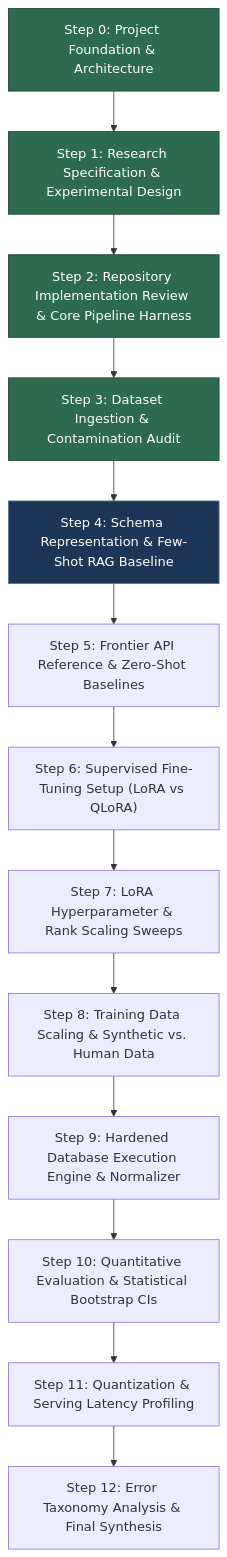
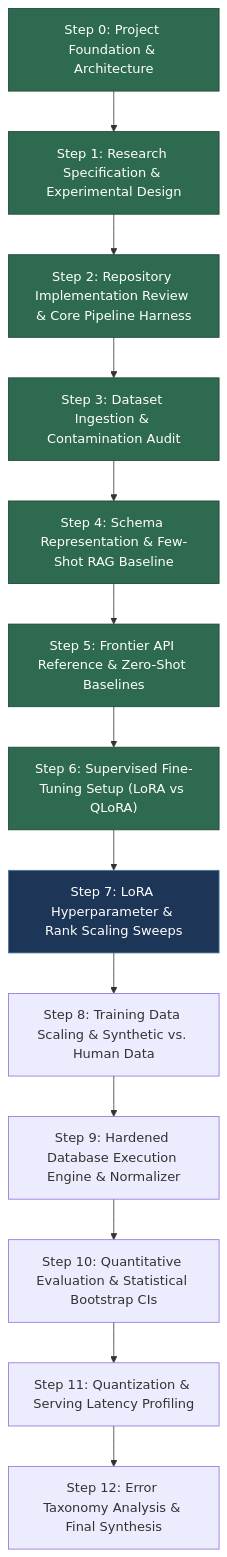
Before and after one commit to mayanksingh2745/SQLForge-a-controlled-study-of-what-fine-tuning-buys-on-text-to-SQL: the diagram in docs/research/step_dependencies.md, drawn with Mermaid. The commit also changed other lines of this file and 21 other files, not shown here.

````diff
--- a/docs/research/step_dependencies.md
+++ b/docs/research/step_dependencies.md
@@ -11,21 +11,24 @@
 ```mermaid
 graph TD
     S0["Step 0: Project Foundation & Architecture"] --> S1["Step 1: Research Specification & Experimental Design"]
     S1 --> S2["Step 2: Repository Implementation Review & Core Pipeline Harness"]
     S2 --> S3["Step 3: Dataset Ingestion & Contamination Audit"]
     S3 --> S4["Step 4: Schema Representation & Few-Shot RAG Baseline"]
     S4 --> S5["Step 5: Frontier API Reference & Zero-Shot Baselines"]
     S5 --> S6["Step 6: Supervised Fine-Tuning Setup (LoRA vs QLoRA)"]
     S6 --> S7["Step 7: LoRA Hyperparameter & Rank Scaling Sweeps"]
     S7 --> S8["Step 8: Training Data Scaling & Synthetic vs. Human Data"]
     S8 --> S9["Step 9: Hardened Database Execution Engine & Normalizer"]
     S9 --> S10["Step 10: Quantitative Evaluation & Statistical Bootstrap CIs"]
     S10 --> S11["Step 11: Quantization & Serving Latency Profiling"]
     S11 --> S12["Step 12: Error Taxonomy Analysis & Final Synthesis"]
 
     style S0 fill:#2d6a4f,stroke:#1b4332,color:#ffffff
     style S1 fill:#2d6a4f,stroke:#1b4332,color:#ffffff
     style S2 fill:#2d6a4f,stroke:#1b4332,color:#ffffff
     style S3 fill:#2d6a4f,stroke:#1b4332,color:#ffffff
-    style S4 fill:#1d3557,stroke:#457b9d,color:#ffffff
+    style S4 fill:#2d6a4f,stroke:#1b4332,color:#ffffff
+    style S5 fill:#2d6a4f,stroke:#1b4332,color:#ffffff
+    style S6 fill:#2d6a4f,stroke:#1b4332,color:#ffffff
+    style S7 fill:#1d3557,stroke:#457b9d,color:#ffffff
 ```
````
